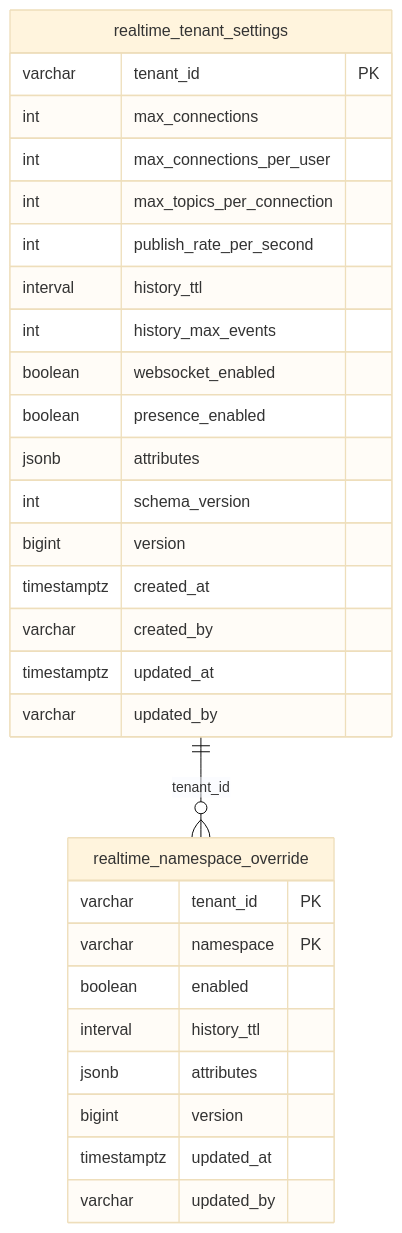
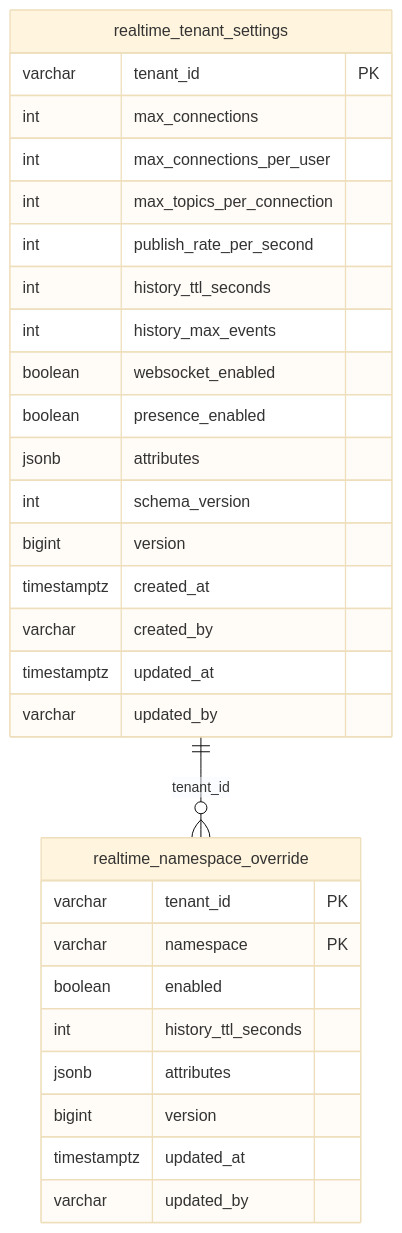
One commit to vyforge/.github changed the fourth of 4 diagrams in docs/design/realtime.md. Above: the diagram before and after it, drawn with Mermaid (base theme). The commit also changed other lines of this file, not shown here.

````diff
--- a/docs/design/realtime.md
+++ b/docs/design/realtime.md
@@ -428,32 +430,32 @@
 ```mermaid
 erDiagram
   realtime_tenant_settings {
     varchar tenant_id PK
     int max_connections
     int max_connections_per_user
     int max_topics_per_connection
     int publish_rate_per_second
-    interval history_ttl
+    int history_ttl_seconds
     int history_max_events
     boolean websocket_enabled
     boolean presence_enabled
     jsonb attributes
     int schema_version
     bigint version
     timestamptz created_at
     varchar created_by
     timestamptz updated_at
     varchar updated_by
   }
   realtime_namespace_override {
     varchar tenant_id PK
     varchar namespace PK
     boolean enabled
-    interval history_ttl
+    int history_ttl_seconds
     jsonb attributes
     bigint version
     timestamptz updated_at
     varchar updated_by
   }
   realtime_tenant_settings ||--o{ realtime_namespace_override : "tenant_id"
 ```
````
